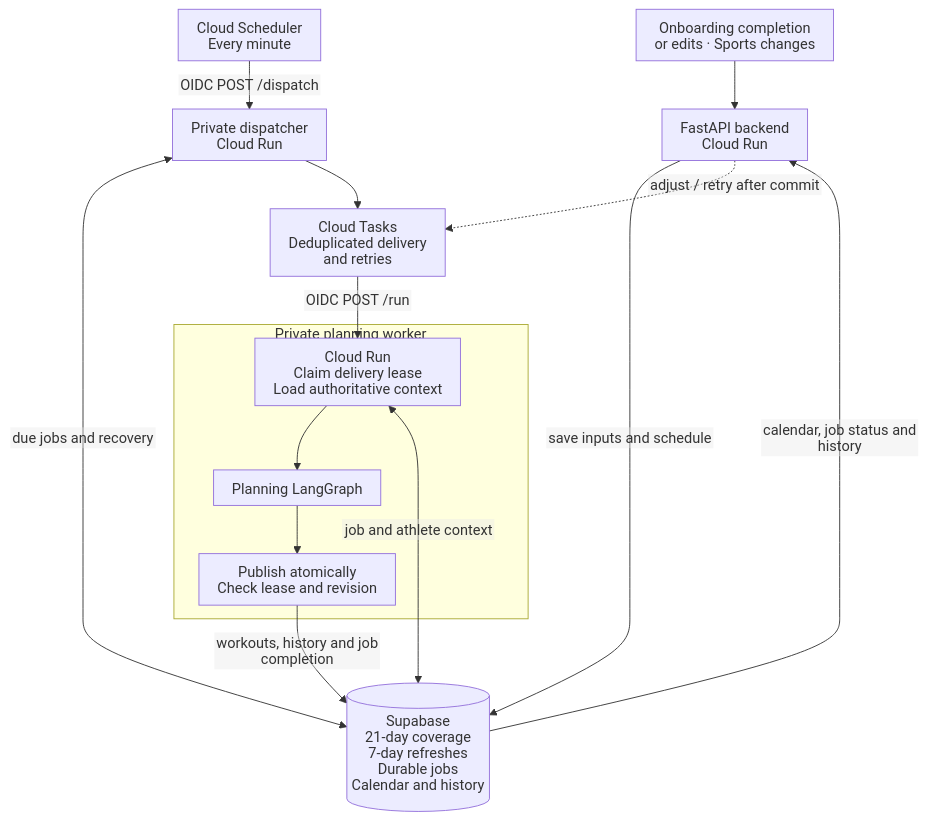
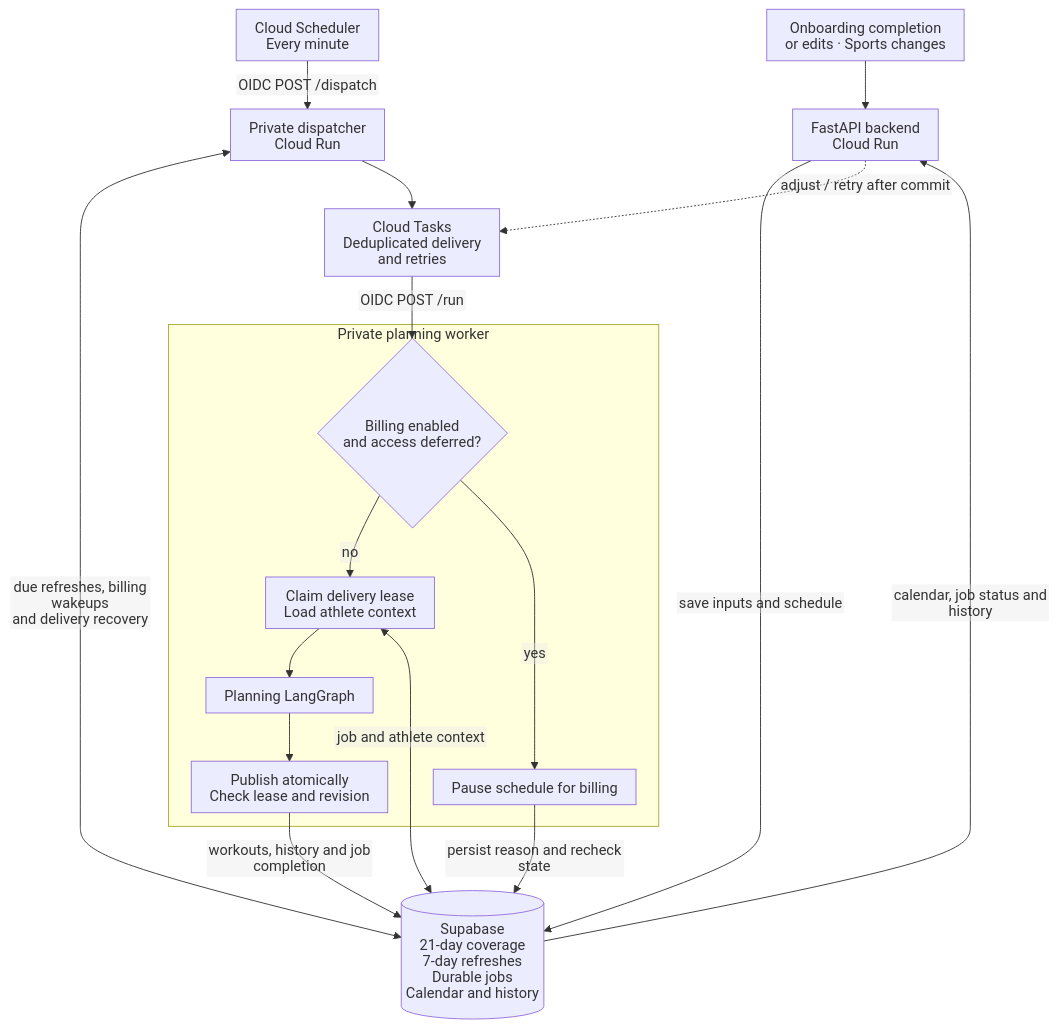
Before and after one commit to xurichard19/strength-and-conditioning-rag: the second of 5 diagrams in README.md, drawn with Mermaid. The commit also changed other lines of this file, not shown here.

First line of the commit message:
Update architecture and local setup docs

````diff
--- a/README.md
+++ b/README.md
@@ -60,28 +68,31 @@
 ```mermaid
 ---
 config:
   htmlLabels: false
   flowchart:
     htmlLabels: false
     nodeSpacing: 30
     rankSpacing: 30
     padding: 10
 ---
 flowchart TB
     Inputs["Onboarding completion<br/>or edits · Sports changes"] --> API["FastAPI backend<br/>Cloud Run"]
     API -->|save inputs and schedule| DB[("Supabase<br/>21-day coverage<br/>7-day refreshes<br/>Durable jobs<br/>Calendar and history")]
     Clock["Cloud Scheduler<br/>Every minute"] -->|OIDC POST /dispatch| Dispatcher["Private dispatcher<br/>Cloud Run"]
-    Dispatcher <-->|due jobs and recovery| DB
+    Dispatcher <-->|due refreshes, billing wakeups<br/>and delivery recovery| DB
     Dispatcher --> Queue["Cloud Tasks<br/>Deduplicated delivery<br/>and retries"]
     API -.->|adjust / retry after commit| Queue
-    Queue -->|OIDC POST /run| Claim
+    Queue -->|OIDC POST /run| Access
 
     subgraph Worker["Private planning worker"]
-        Claim["Cloud Run<br/>Claim delivery lease<br/>Load authoritative context"] --> Graph["Planning LangGraph"]
+        Access{"Billing enabled<br/>and access deferred?"} -->|no| Claim["Claim delivery lease<br/>Load athlete context"]
+        Access -->|yes| Pause["Pause schedule for billing"]
+        Claim --> Graph["Planning LangGraph"]
         Graph --> Publish["Publish atomically<br/>Check lease and revision"]
     end
 
+    Pause -->|persist reason and recheck state| DB
     Claim <-->|job and athlete context| DB
     Publish -->|workouts, history and job completion| DB
     DB -->|calendar, job status and history| API
 ```
````
